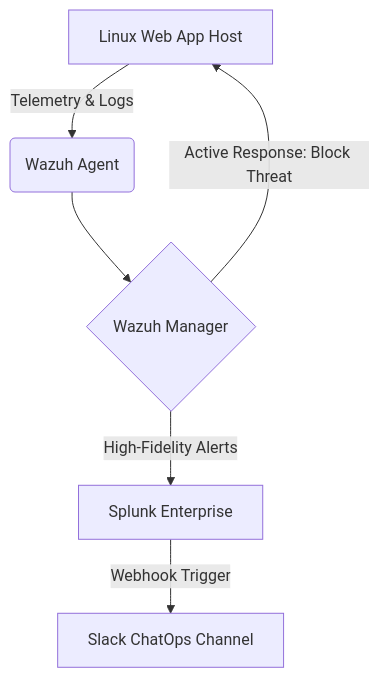
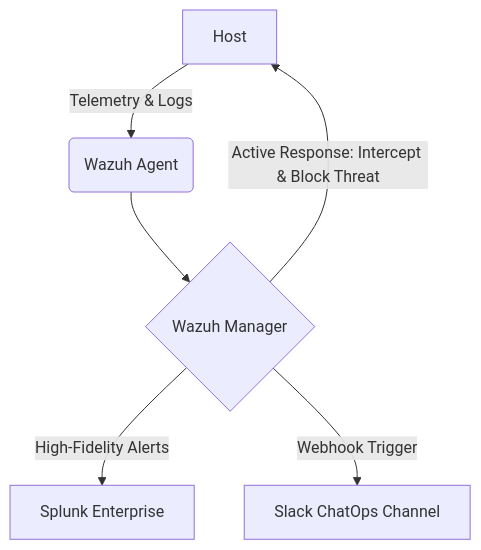
The first of 2 diagrams in README.md (deeprooter/Project-NEXUS-Unified-Threat-Intelligence-Automated-IDPS), drawn with Mermaid before and after one commit. The commit also changed other lines of this file, not shown here.

````diff
--- a/README.md
+++ b/README.md
@@ -39,8 +39,8 @@
 ```mermaid
 graph TD
-    A[Linux Web App Host] -->|Telemetry & Logs| B(Wazuh Agent)
+    A[Host] -->|Telemetry & Logs| B(Wazuh Agent)
     B --> C{Wazuh Manager}
-    C -->|Active Response: Block Threat| A
+    C -->|Active Response: Intercept & Block Threat| A
     C -->|High-Fidelity Alerts| D[Splunk Enterprise]
-    D -->|Webhook Trigger| E[Slack ChatOps Channel]
+    C -->|Webhook Trigger| E[Slack ChatOps Channel]
 ```
````
